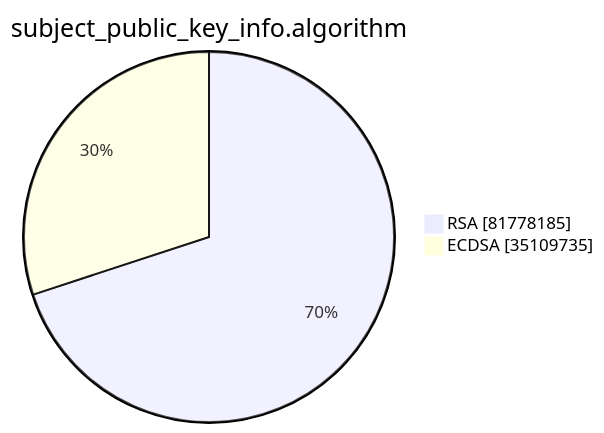
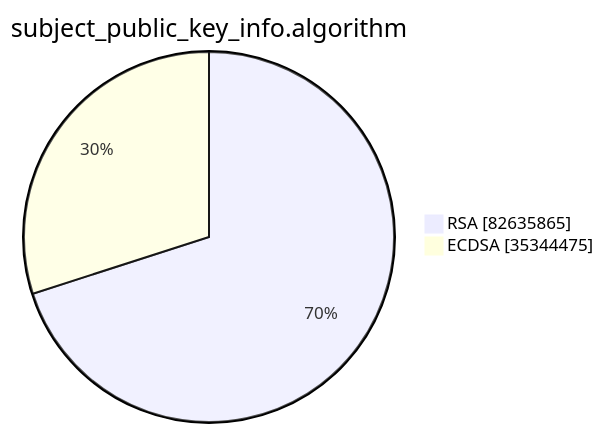
The second of 15 diagrams in argon2023/README.md (christiankrug/ctmonitor_visualization), drawn with Mermaid before and after one commit. The commit also changed other lines of this file, not shown here.

````diff
--- a/argon2023/README.md
+++ b/argon2023/README.md
@@ -6,6 +6,6 @@
 ```mermaid
 pie showData
 title subject_public_key_info.algorithm
-"RSA" :81778185
-"ECDSA" :35109735
+"RSA" :82635865
+"ECDSA" :35344475
 ```
````
